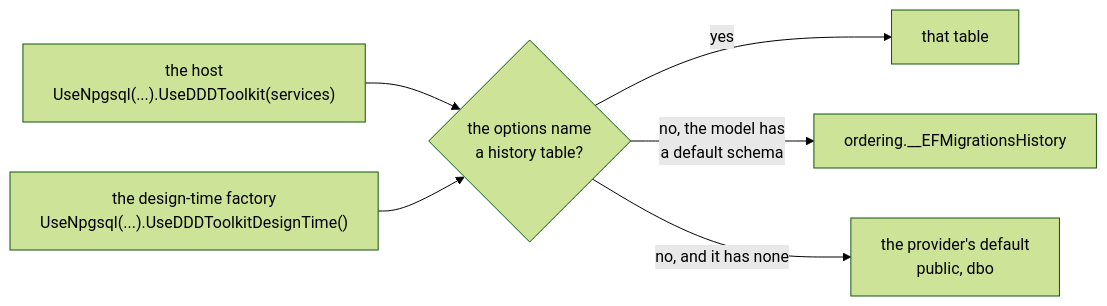
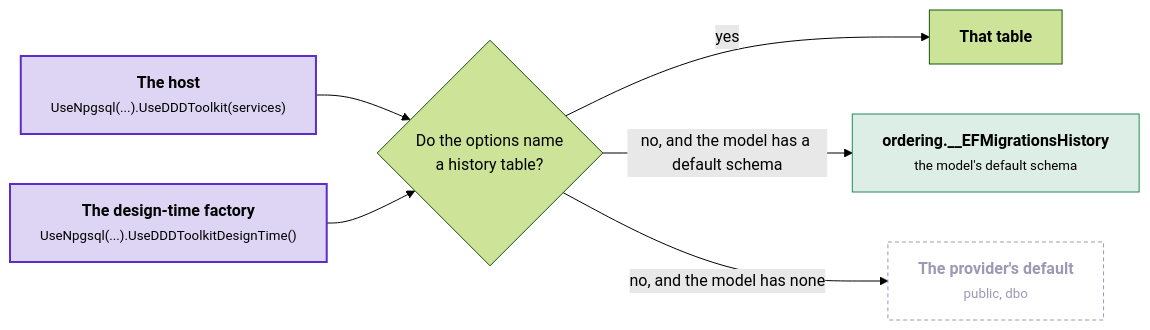
The second of 6 diagrams in docs/entity-framework.md (DylanSnel/DDDToolkit), drawn with Mermaid (forest theme) before and after one commit. The commit also changed other lines of this file and 41 other files, not shown here.

First line of the commit message:
Docs: plain prose, one word per concept, and readable diagrams on every page

````diff
--- a/docs/entity-framework.md
+++ b/docs/entity-framework.md
@@ -698,8 +746,20 @@
 ```mermaid
 flowchart LR
-    Host["the host<br/>UseNpgsql(...).UseDDDToolkit(services)"] --> Named{"the options name<br/>a history table?"}
-    Factory["the design-time factory<br/>UseNpgsql(...).UseDDDToolkitDesignTime()"] --> Named
-    Named -- "yes" --> Theirs["that table"]
-    Named -- "no, the model has<br/>a default schema" --> Schema["ordering.__EFMigrationsHistory"]
-    Named -- "no, and it has none" --> Providers["the provider's default<br/>public, dbo"]
+    host["<b>The host</b><br/><small>UseNpgsql(...).UseDDDToolkit(services)</small>"]
+    factory["<b>The design-time factory</b><br/><small>UseNpgsql(...).UseDDDToolkitDesignTime()</small>"]
+    named{"Do the options name<br/>a history table?"}
+    theirs["<b>That table</b>"]
+    schema["<b>ordering.__EFMigrationsHistory</b><br/><small>the model's default schema</small>"]
+    providers["<b>The provider's default</b><br/><small>public, dbo</small>"]
+    host --> named
+    factory --> named
+    named -- yes --> theirs
+    named -- "no, and the model has a default schema" --> schema
+    named -- "no, and the model has none" --> providers
+    classDef strong fill:#5b2ec933,stroke:#5b2ec9,stroke-width:2px
+    classDef good fill:#1f8a5b26,stroke:#1f8a5b
+    classDef muted fill:none,stroke:#9a9ab5,stroke-dasharray:4 3,color:#9a9ab5
+    class host,factory strong
+    class schema good
+    class providers muted
 ```
````
